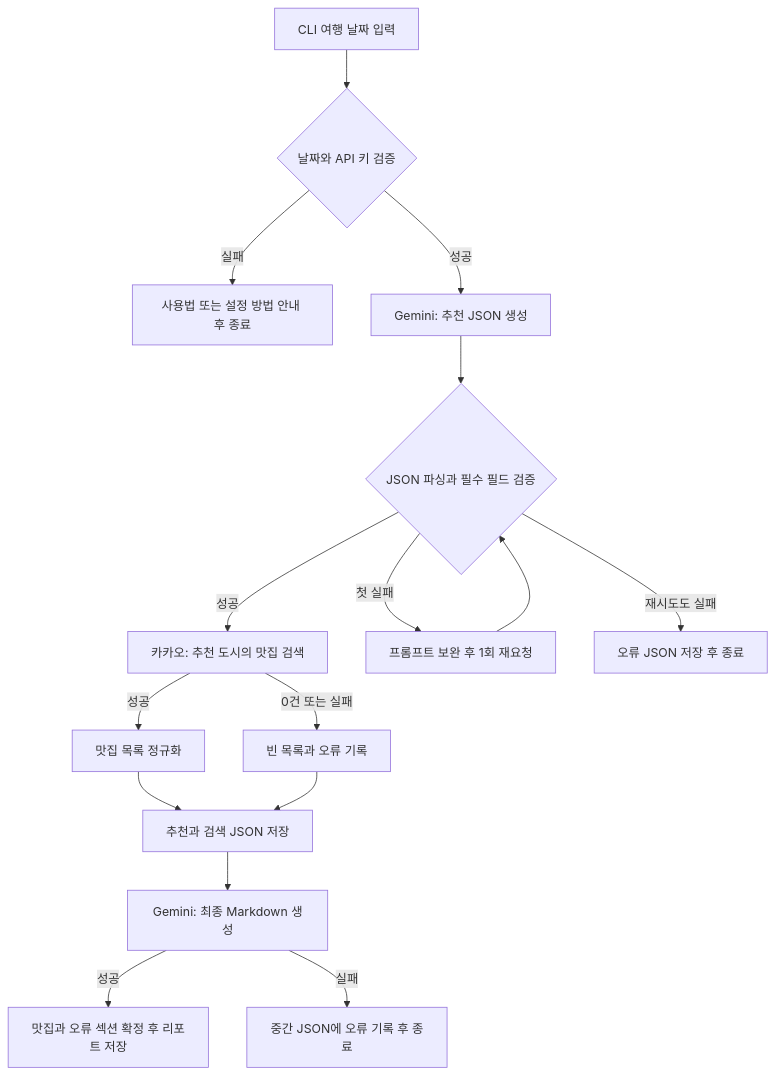
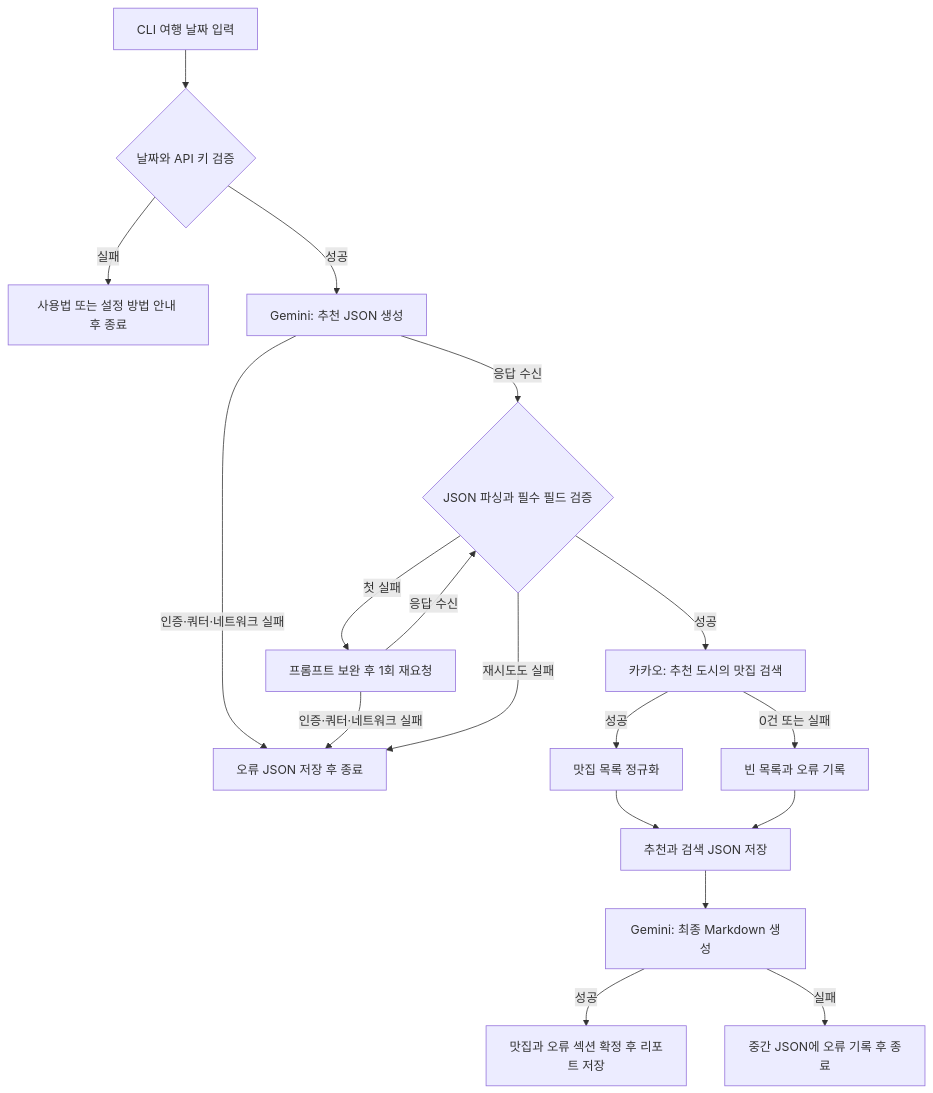
One commit to larklaon/N_Project_A1-2 changed the diagram in README.md. Above: the diagram before and after it, drawn with Mermaid. The commit also changed other lines of this file and 2 other files, not shown here.

````diff
--- a/README.md
+++ b/README.md
@@ -43,18 +51,20 @@
 ```mermaid
 flowchart TD
     A[CLI 여행 날짜 입력] --> B{날짜와 API 키 검증}
     B -->|실패| X[사용법 또는 설정 방법 안내 후 종료]
     B -->|성공| C[Gemini: 추천 JSON 생성]
-    C --> D{JSON 파싱과 필수 필드 검증}
+    C -->|응답 수신| D{JSON 파싱과 필수 필드 검증}
+    C -->|인증·쿼터·네트워크 실패| Y[오류 JSON 저장 후 종료]
     D -->|성공| E[카카오: 추천 도시의 맛집 검색]
     D -->|첫 실패| R[프롬프트 보완 후 1회 재요청]
-    R --> D
-    D -->|재시도도 실패| Y[오류 JSON 저장 후 종료]
+    R -->|응답 수신| D
+    R -->|인증·쿼터·네트워크 실패| Y
+    D -->|재시도도 실패| Y
     E -->|성공| F[맛집 목록 정규화]
     E -->|0건 또는 실패| G[빈 목록과 오류 기록]
     F --> H[추천과 검색 JSON 저장]
     G --> H
     H --> I[Gemini: 최종 Markdown 생성]
     I -->|성공| J[맛집과 오류 섹션 확정 후 리포트 저장]
     I -->|실패| K[중간 JSON에 오류 기록 후 종료]
 ```
````
